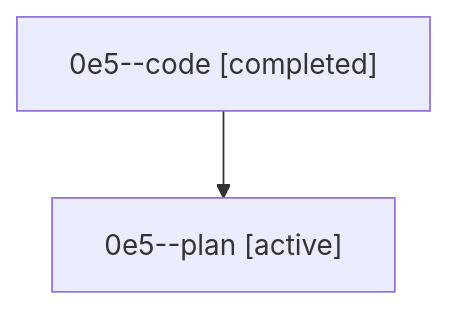
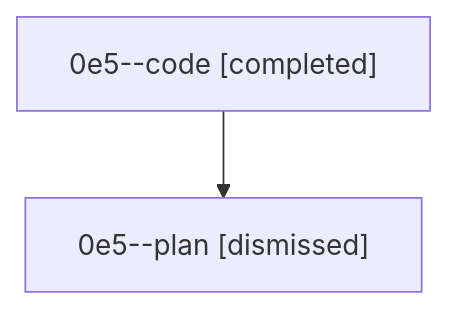
Before and after one commit to sase-org/sase--agents: the diagram in sessions/bbugyi200.athena.0e5.md, drawn with Mermaid. The commit also changed other lines of this file and 24 other files, not shown here.

````diff
--- a/sessions/bbugyi200.athena.0e5.md
+++ b/sessions/bbugyi200.athena.0e5.md
@@ -9,6 +9,6 @@
 ```mermaid
 flowchart TD
   n0["0e5--code [completed]"]
-  n1["0e5--plan [active]"]
+  n1["0e5--plan [dismissed]"]
   n0 --> n1
 ```
````
